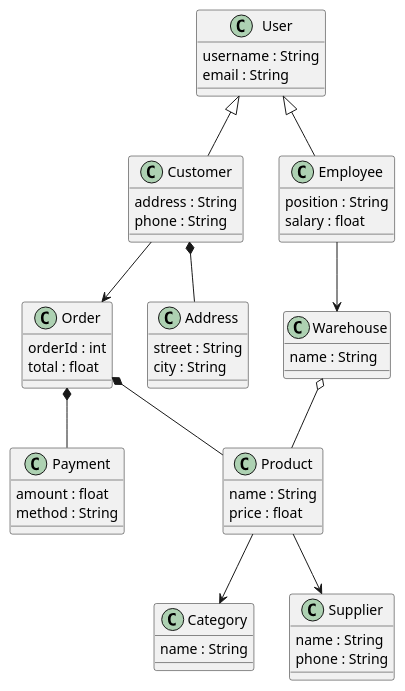
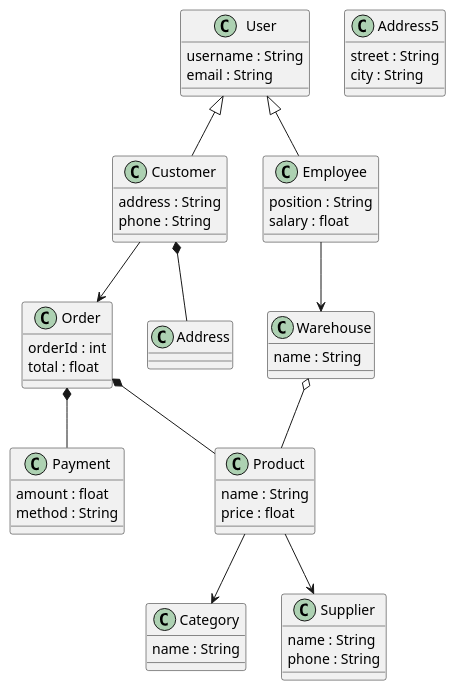
One commit to SrdjanB333/UMLtoRust changed the diagram in umlDiagram-Rust/examples/zad5.puml. Above: the diagram before and after it, drawn with PlantUML. The commit also changed 13 other files, not shown here.

```diff
--- a/umlDiagram-Rust/examples/zad5.puml
+++ b/umlDiagram-Rust/examples/zad5.puml
@@ -1,66 +1,66 @@
 @startuml
 
 class User {
     username : String
     email : String
 }
 
 class Customer {
     address : String
     phone : String
 }
 
 class Employee {
     position : String
     salary : float
 }
 
 class Order {
     orderId : int
     total : float
 }
 
 class Product {
     name : String
     price : float
 }
 
 class Category {
     name : String
 }
 
 class Payment {
     amount : float
     method : String
 }
 
-class Address {
+class Address5 {
     street : String
     city : String
 }
 
 class Warehouse {
     name : String
 }
 
 class Supplier {
     name : String
     phone : String
 }
 
 User <|-- Customer
 User <|-- Employee
 
 Customer *-- Address
 Customer --> Order
 
 Order *-- Payment
 Order *-- Product
 
 Product --> Category
 Product --> Supplier
 
 Warehouse o-- Product
 Employee --> Warehouse
 
 @enduml
```
